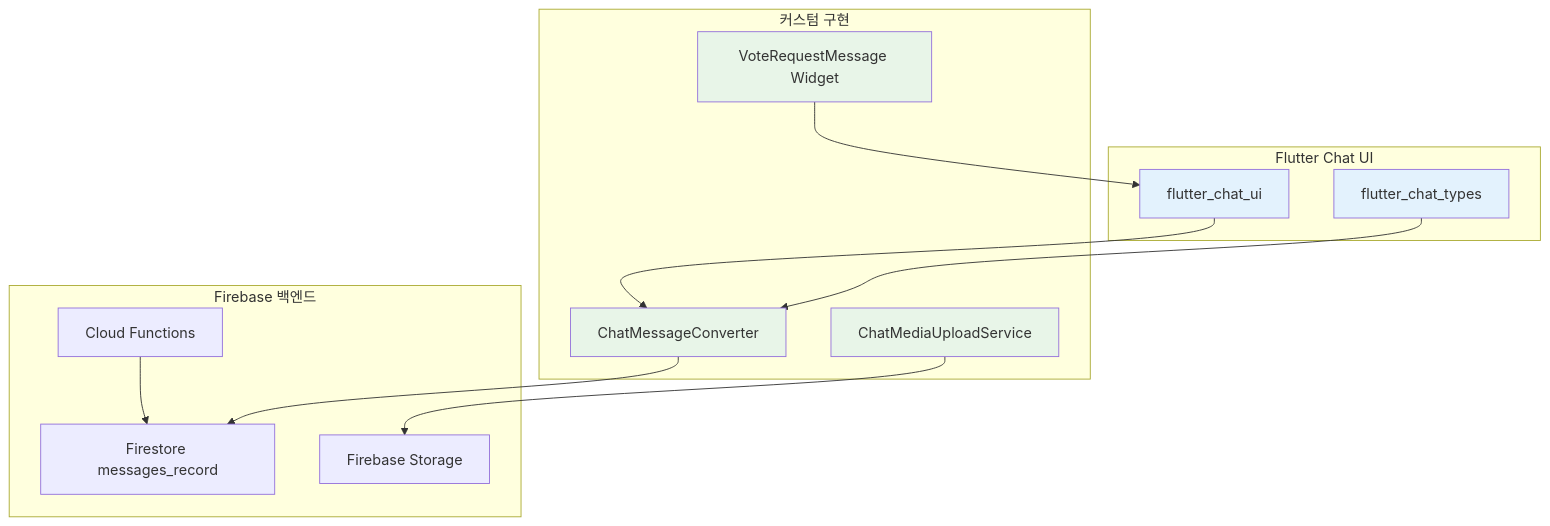
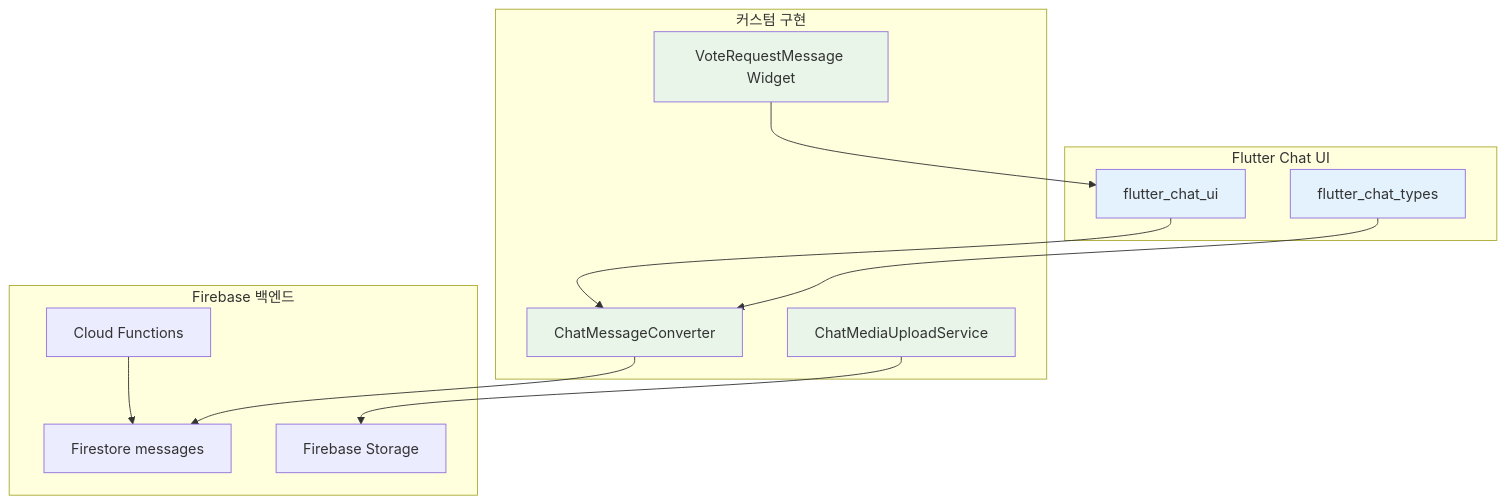
Before and after one commit to gblack84/versus-cursor: diagram 16 of 17 in 백엔드다이어그램.md, drawn with Mermaid. The commit also changed other lines of this file and 89 other files, not shown here.

````diff
--- a/백엔드다이어그램.md
+++ b/백엔드다이어그램.md
@@ -876,32 +876,32 @@
 ```mermaid
 graph TB
     subgraph "Flutter Chat UI"
         A[flutter_chat_ui]
         B[flutter_chat_types]
     end
     
     subgraph "커스텀 구현"
         C[ChatMessageConverter]
         D[ChatMediaUploadService]
         E[VoteRequestMessage Widget]
     end
     
     subgraph "Firebase 백엔드"
-        F[Firestore messages_record]
+        F[Firestore messages]
         G[Firebase Storage]
         H[Cloud Functions]
     end
     
     A --> C
     B --> C
     C --> F
     D --> G
     E --> A
     H --> F
     
     style A fill:#e3f2fd
     style B fill:#e3f2fd
     style C fill:#e8f5e8
     style D fill:#e8f5e8
     style E fill:#e8f5e8
 ```
````
